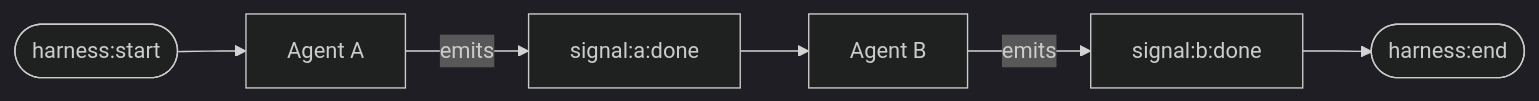
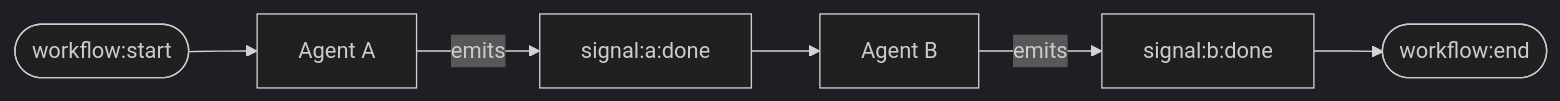
One commit to Open-Harness/open-harness changed the first of 2 diagrams in apps/docs/content/docs/concepts/architecture.mdx. Above: the diagram before and after it, drawn with Mermaid (dark theme). The commit also changed other lines of this file and 138 other files, not shown here.

````diff
--- a/apps/docs/content/docs/concepts/architecture.mdx
+++ b/apps/docs/content/docs/concepts/architecture.mdx
@@ -14,8 +14,8 @@
 ```mermaid
 flowchart LR
-    Start([harness:start]) --> A[Agent A]
+    Start([workflow:start]) --> A[Agent A]
     A --> |emits| S1[signal:a:done]
     S1 --> B[Agent B]
     B --> |emits| S2[signal:b:done]
-    S2 --> End([harness:end])
+    S2 --> End([workflow:end])
 ```
````
